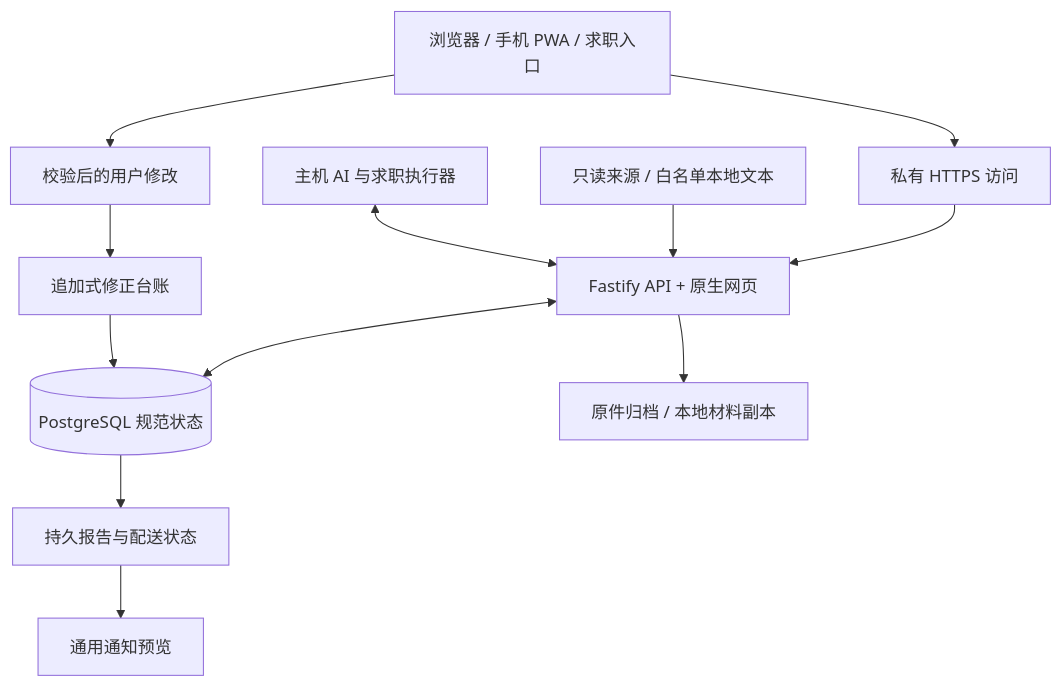
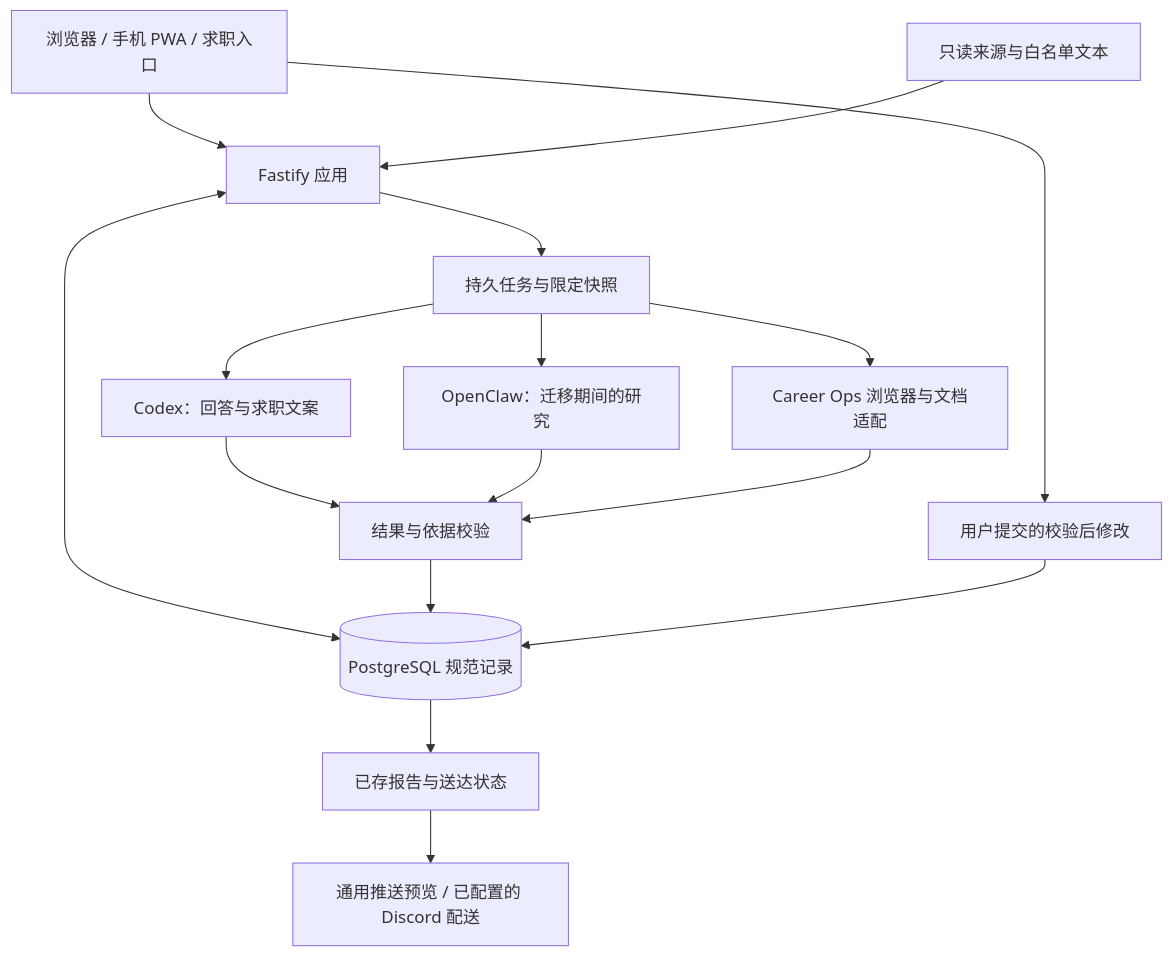
The second of 2 diagrams in README.zh-CN.md (Zeeekrom/lifeops-atlas-showcase), drawn with Mermaid before and after one commit. The commit also changed other lines of this file and 5 other files, not shown here.

````diff
--- a/README.zh-CN.md
+++ b/README.zh-CN.md
@@ -101,14 +156,18 @@
 ```mermaid
 flowchart TD
-    UI[浏览器 / 手机 PWA / 求职入口] --> Access[私有 HTTPS 访问]
-    Access --> API[Fastify API + 原生网页]
-    API <--> DB[(PostgreSQL 规范状态)]
-    Sources[只读来源 / 白名单本地文本] --> API
-    UI --> Changes[校验后的用户修改]
-    Changes --> Ledger[追加式修正台账]
-    Ledger --> DB
-    Workers[主机 AI 与求职执行器] <--> API
-    API --> Files[原件归档 / 本地材料副本]
-    DB --> Reports[持久报告与配送状态]
-    Reports --> Push[通用通知预览]
+    UI["浏览器 / 手机 PWA / 求职入口"] --> API["Fastify 应用"]
+    API <--> DB[("PostgreSQL 规范记录")]
+    Sources["只读来源与白名单文本"] --> API
+    API --> Queue["持久任务与限定快照"]
+    Queue --> Text["Codex：回答与求职文案"]
+    Queue --> Radar["OpenClaw：迁移期间的研究"]
+    Queue --> Career["Career Ops 浏览器与文档适配"]
+    Text --> Check["结果与依据校验"]
+    Radar --> Check
+    Career --> Check
+    Check --> DB
+    UI --> Edits["用户提交的校验后修改"]
+    Edits --> DB
+    DB --> Delivery["已存报告与送达状态"]
+    Delivery --> Notify["通用推送预览 / 已配置的 Discord 配送"]
 ```
````
